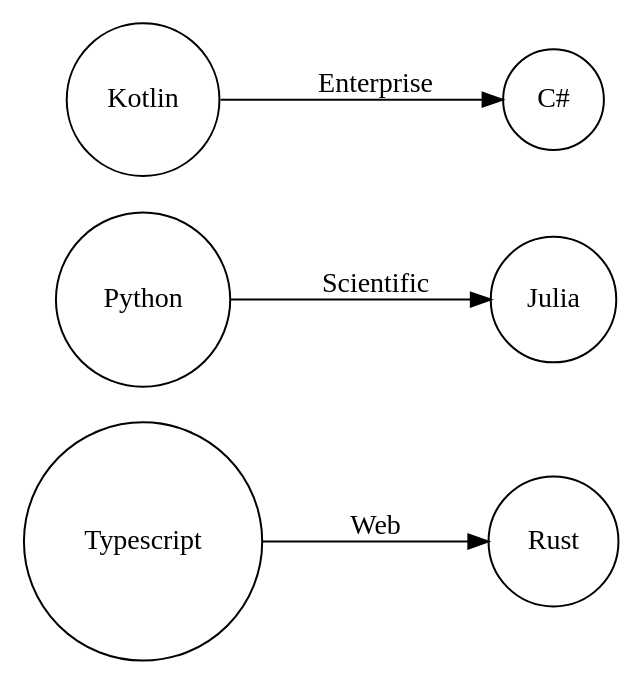
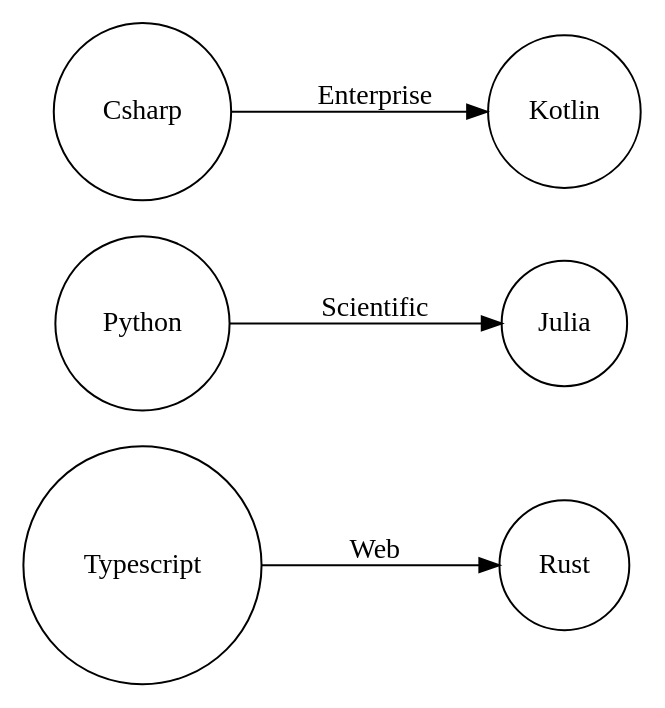
Before and after one commit to man-chi/foundation: the diagram in antora/docs/modules/ROOT/pages/devtool/language.adoc, drawn with Graphviz. The commit also changed 5 other files, not shown here.

```diff
--- a/antora/docs/modules/ROOT/pages/devtool/language.adoc
+++ b/antora/docs/modules/ROOT/pages/devtool/language.adoc
@@ -6,19 +6,19 @@
 [graphviz]
 ....
 digraph finite_state_machine {
 
 	rankdir=LR;
 	size="5,5";
 
     node [shape = circle]; Typescript;
     node [shape = circle]; Python;
     node [shape = circle]; Kotlin;
     node [shape = circle]; Rust;
-    node [shape = circle]; "C#";
+    node [shape = circle]; Csharp;
     node [shape = circle]; Julia;
 
- 	Kotlin -> "C#" [ label = "Enterprise" ];
-    Python -> Julia [ label = "Scientific" ];
+ 	Csharp -> Kotlin [ label = "Enterprise" ];
+  Python -> Julia [ label = "Scientific" ];
 	Typescript -> Rust [ label = "Web" ];
 }
 ....
```
